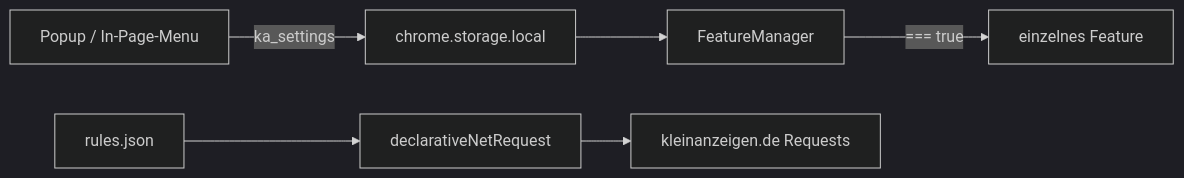
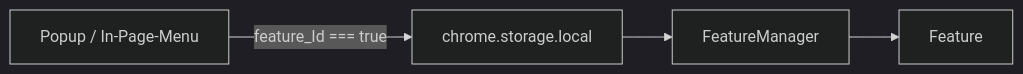
Before and after one commit to grapefruit89/Kleinanzeigen-Rental-Analyzer: the diagram in README.md, drawn with Mermaid (dark theme). The commit also changed other lines of this file, not shown here.

````diff
--- a/README.md
+++ b/README.md
@@ -72,8 +60,6 @@
 ```mermaid
 flowchart LR
-  P[Popup / In-Page-Menu] -->|ka_settings| S[chrome.storage.local]
+  P[Popup / In-Page-Menu] -->|feature_Id === true| S[chrome.storage.local]
   S --> FM[FeatureManager]
-  FM -->|=== true| F[einzelnes Feature]
-  R[rules.json] --> DNR[declarativeNetRequest]
-  DNR --> KA[kleinanzeigen.de Requests]
+  FM --> F[Feature]
 ```
````
